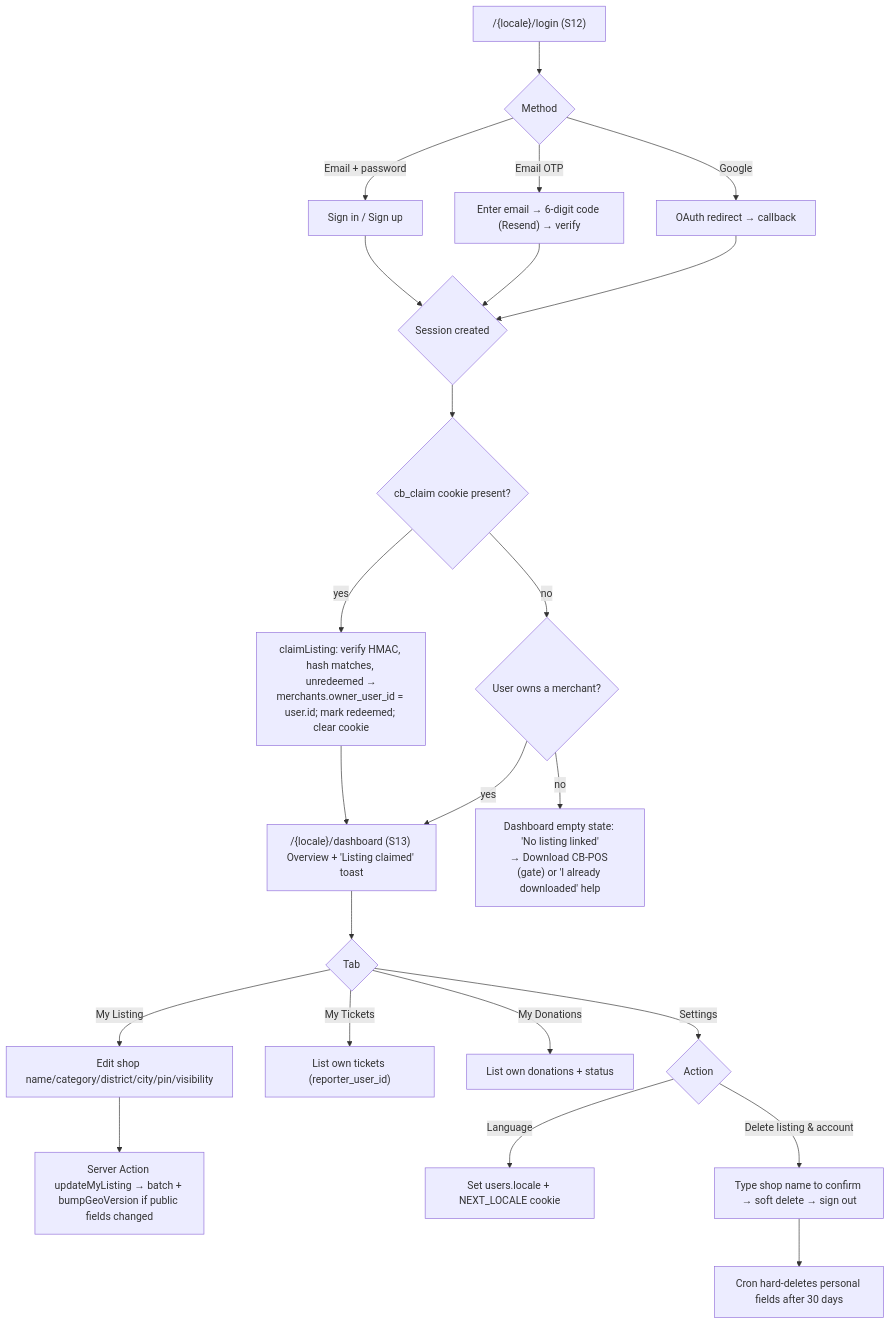
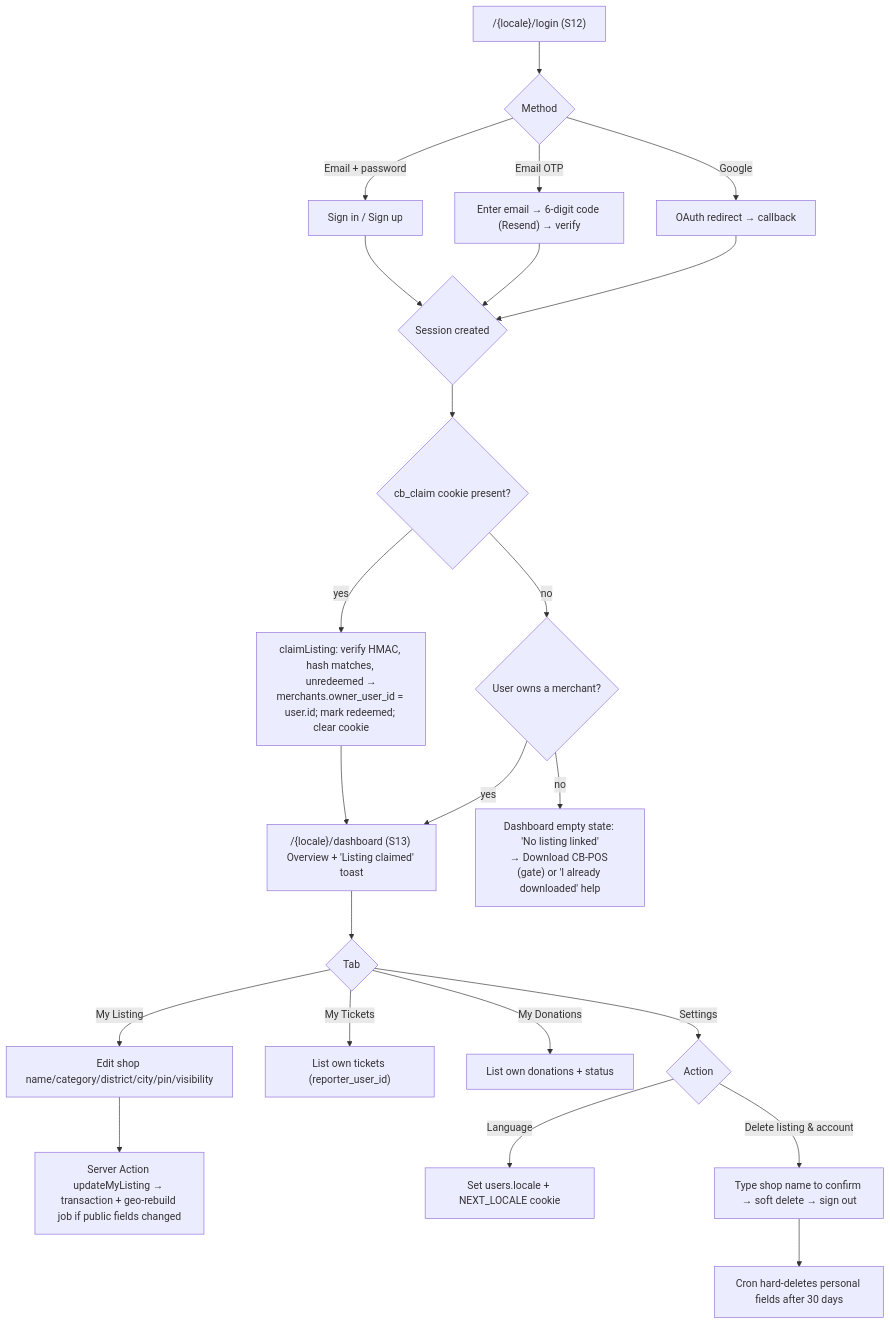
One commit to ceybyte/CeyByte.com changed the seventh of 7 diagrams in docs/04-APP_FLOW.md. Above: the diagram before and after it, drawn with Mermaid. The commit also changed other lines of this file and 1 other file, not shown here.

First line of the commit message:
docs(main): align PRD and flows with VPS stack

````diff
--- a/docs/04-APP_FLOW.md
+++ b/docs/04-APP_FLOW.md
@@ -353,25 +353,25 @@
 ```mermaid
 flowchart TD
   A["/{locale}/login (S12)"] --> B{"Method"}
   B -- "Email + password" --> C["Sign in / Sign up"]
   B -- "Email OTP" --> D["Enter email → 6-digit code (Resend) → verify"]
   B -- Google --> E["OAuth redirect → callback"]
   C --> F{"Session created"}
   D --> F
   E --> F
   F --> G{"cb_claim cookie present?"}
   G -- yes --> H["claimListing: verify HMAC, hash matches, unredeemed →<br/>merchants.owner_user_id = user.id; mark redeemed; clear cookie"]
   G -- no --> I{"User owns a merchant?"}
   H --> J["/{locale}/dashboard (S13) Overview + 'Listing claimed' toast"]
   I -- yes --> J
   I -- no --> K["Dashboard empty state: 'No listing linked'<br/>→ Download CB-POS (gate) or 'I already downloaded' help"]
   J --> L{"Tab"}
   L -- "My Listing" --> M["Edit shop name/category/district/city/pin/visibility"]
-  M --> N["Server Action updateMyListing → batch + bumpGeoVersion if public fields changed"]
+  M --> N["Server Action updateMyListing → transaction + geo-rebuild job if public fields changed"]
   L -- "My Tickets" --> O["List own tickets (reporter_user_id)"]
   L -- "My Donations" --> P["List own donations + status"]
   L -- Settings --> Q{"Action"}
   Q -- "Language" --> R["Set users.locale + NEXT_LOCALE cookie"]
   Q -- "Delete listing & account" --> S["Type shop name to confirm → soft delete → sign out"]
   S --> T["Cron hard-deletes personal fields after 30 days"]
 ```
````
